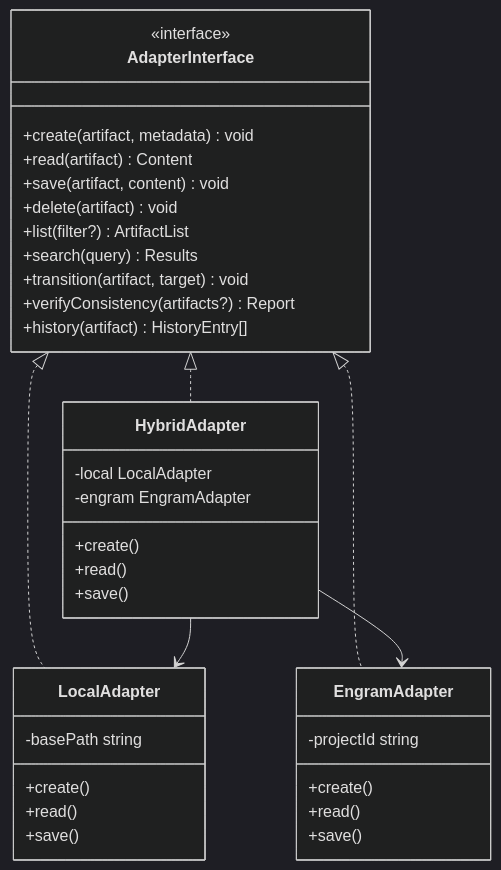
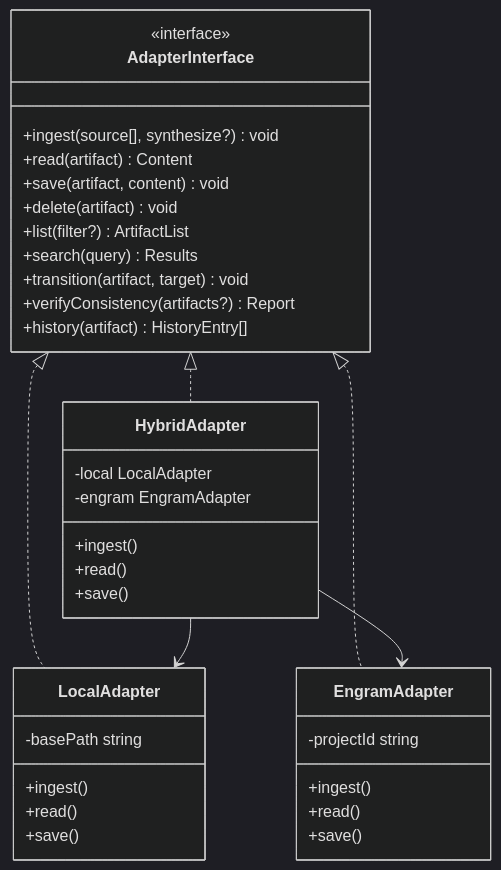
The third of 4 diagrams in docs/planning/artifacts/tpm-adapter.md (virgenherrera/idea-to-mvp), drawn with Mermaid (dark theme) before and after one commit. The commit also changed other lines of this file and 20 other files, not shown here.

````diff
--- a/docs/planning/artifacts/tpm-adapter.md
+++ b/docs/planning/artifacts/tpm-adapter.md
@@ -185,39 +187,39 @@
 ```mermaid
 classDiagram
     class AdapterInterface {
         <<interface>>
-        +create(artifact, metadata) void
+        +ingest(source[], synthesize?) void
         +read(artifact) Content
         +save(artifact, content) void
         +delete(artifact) void
         +list(filter?) ArtifactList
         +search(query) Results
         +transition(artifact, target) void
         +verifyConsistency(artifacts?) Report
         +history(artifact) HistoryEntry[]
     }
     class LocalAdapter {
         -basePath string
-        +create()
+        +ingest()
         +read()
         +save()
     }
     class EngramAdapter {
         -projectId string
-        +create()
+        +ingest()
         +read()
         +save()
     }
     class HybridAdapter {
         -local LocalAdapter
         -engram EngramAdapter
-        +create()
+        +ingest()
         +read()
         +save()
     }
     AdapterInterface <|.. LocalAdapter
     AdapterInterface <|.. EngramAdapter
     AdapterInterface <|.. HybridAdapter
     HybridAdapter --> LocalAdapter
     HybridAdapter --> EngramAdapter
 ```
````
